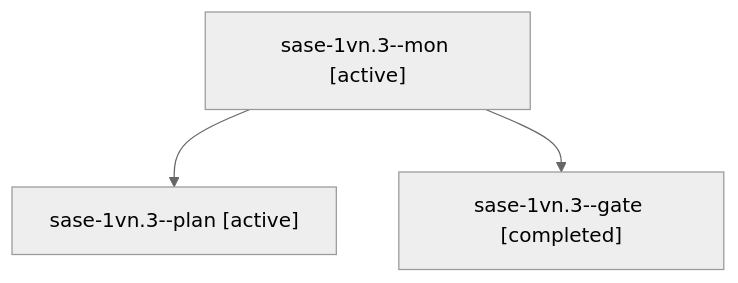
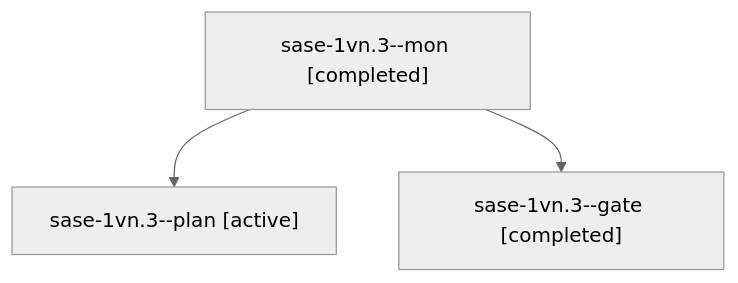
Before and after one commit to sase-org/sase--agents: the diagram in sessions/bbugyi200.athena.sase-1vn.3.md, drawn with Mermaid (neutral theme). The commit also changed other lines of this file and 47 other files, not shown here.

````diff
--- a/sessions/bbugyi200.athena.sase-1vn.3.md
+++ b/sessions/bbugyi200.athena.sase-1vn.3.md
@@ -9,8 +9,8 @@
 ```mermaid
 flowchart TD
-  n0["sase-1vn.3--mon [active]"]
+  n0["sase-1vn.3--mon [completed]"]
   n1["sase-1vn.3--plan [active]"]
   n0 --> n1
   n2["sase-1vn.3--gate [completed]"]
   n0 --> n2
 ```
````
